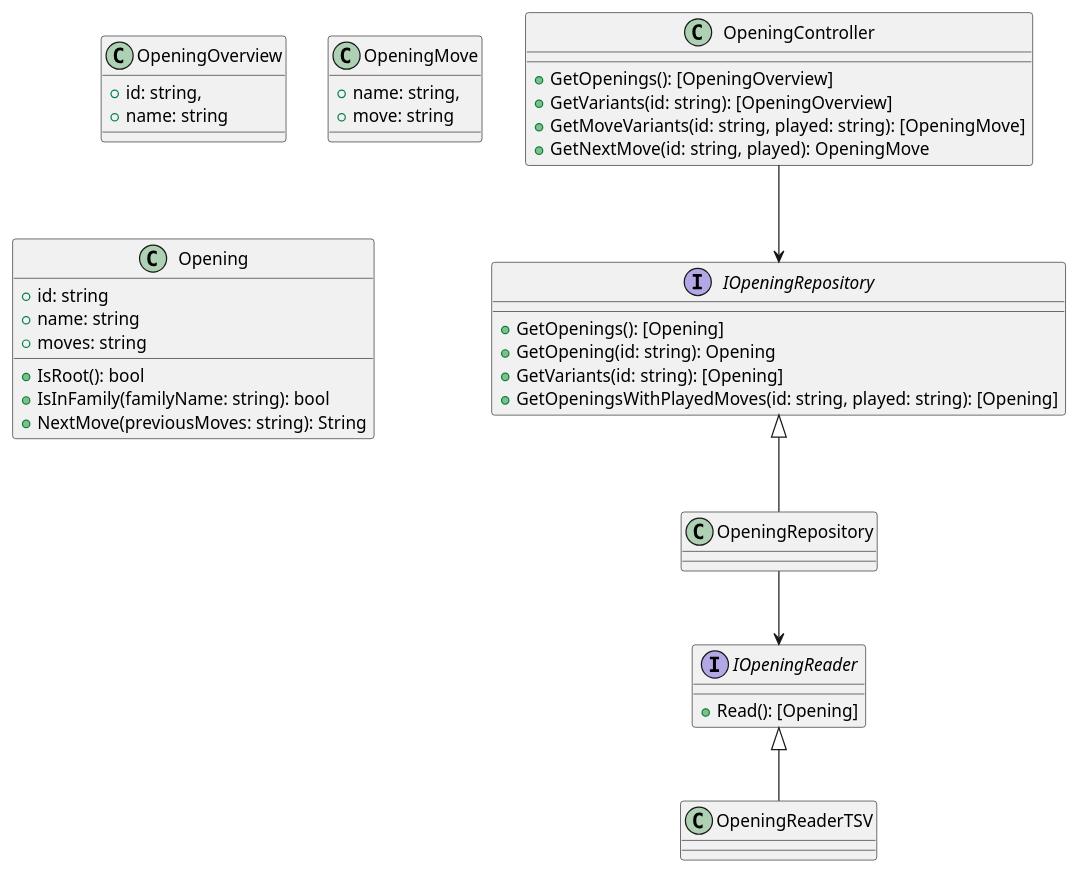
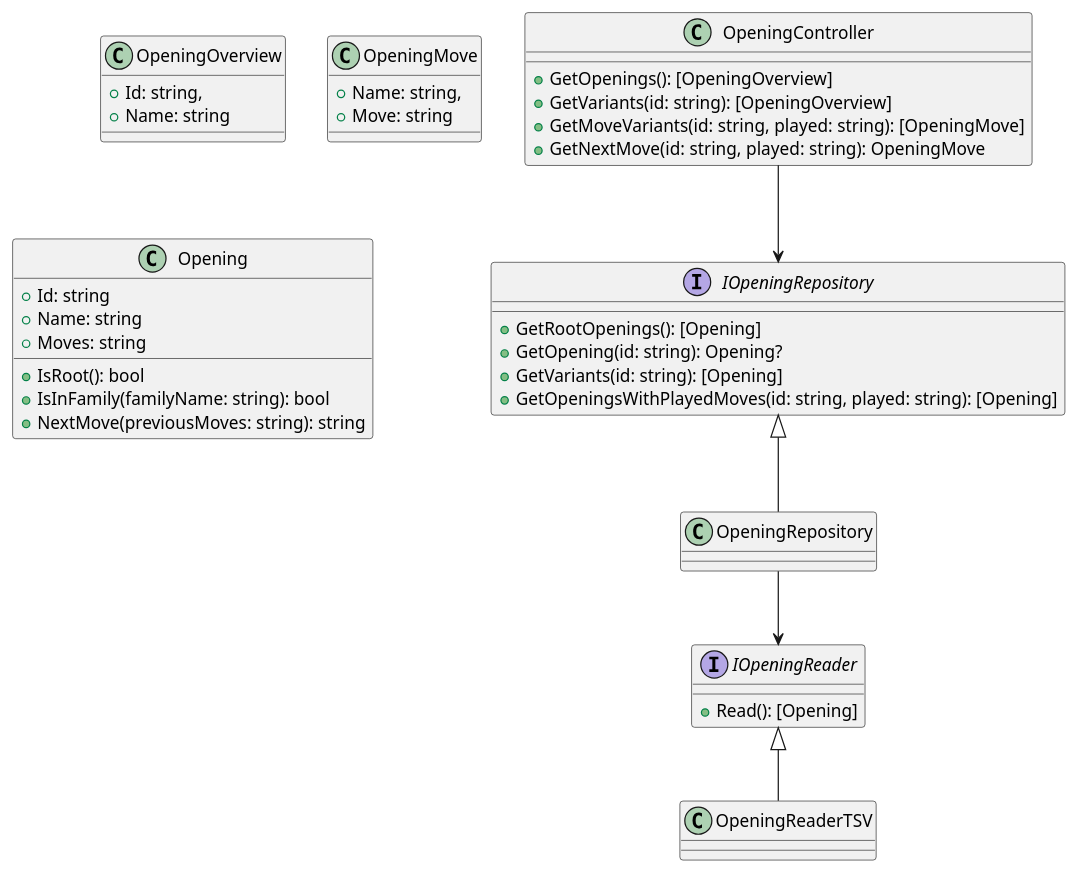
One commit to MaarxS/chess-opening-training-paper changed the diagram in images/diagrams/opening.puml. Above: the diagram before and after it, drawn with PlantUML. The commit also changed 23 other files, not shown here.

```diff
--- a/images/diagrams/opening.puml
+++ b/images/diagrams/opening.puml
@@ -1,39 +1,44 @@
 @startuml
+<style>
+element {
+    FontName Arial
+}
+</style>
 class OpeningOverview {
-    + id: string,
-    + name: string
+    + Id: string,
+    + Name: string
 }
 class OpeningMove {
-    + name: string,
-    + move: string
+    + Name: string,
+    + Move: string
 }
 class Opening {
-    + id: string
-    + name: string
-    + moves: string
+    + Id: string
+    + Name: string
+    + Moves: string
     + IsRoot(): bool
     + IsInFamily(familyName: string): bool
-    + NextMove(previousMoves: string): String
+    + NextMove(previousMoves: string): string
 }
 class OpeningController {
     + GetOpenings(): [OpeningOverview]
     + GetVariants(id: string): [OpeningOverview]
     + GetMoveVariants(id: string, played: string): [OpeningMove]
-    + GetNextMove(id: string, played): OpeningMove
+    + GetNextMove(id: string, played: string): OpeningMove
 }
 interface IOpeningRepository {
-    + GetOpenings(): [Opening]
-    + GetOpening(id: string): Opening
+    + GetRootOpenings(): [Opening]
+    + GetOpening(id: string): Opening?
     + GetVariants(id: string): [Opening]
     + GetOpeningsWithPlayedMoves(id: string, played: string): [Opening]
 }
 Interface IOpeningReader {
     + Read(): [Opening]
 }
 
 
 OpeningController --> IOpeningRepository
 IOpeningRepository <|-- OpeningRepository
 OpeningRepository --> IOpeningReader
 IOpeningReader <|-- OpeningReaderTSV
 @enduml
```
